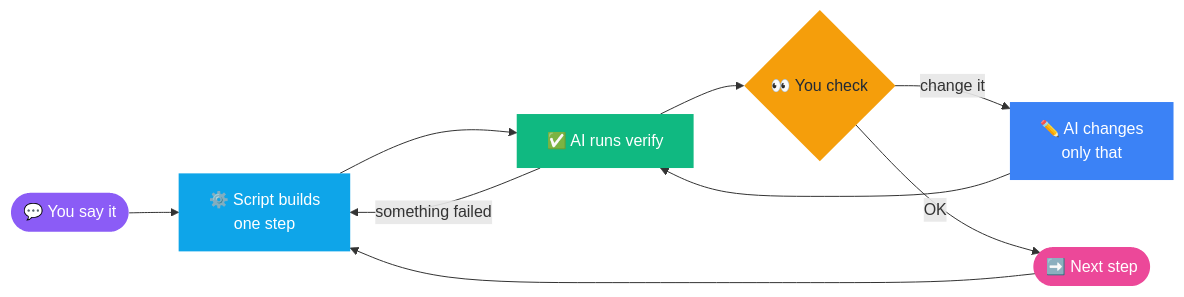
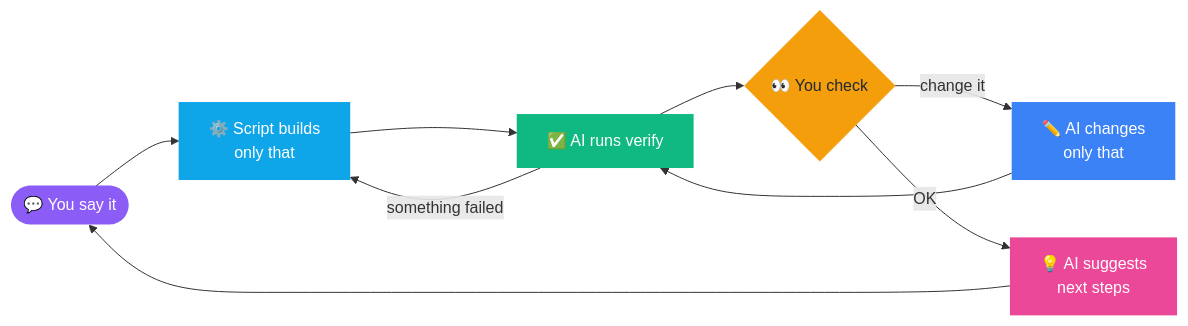
The diagram in README.md (Pandi2352/frontend-skills), drawn with Mermaid before and after one commit. The commit also changed other lines of this file and 10 other files, not shown here.

First line of the commit message:
Build only what is asked, then suggest the next step

````diff
--- a/README.md
+++ b/README.md
@@ -281,17 +292,17 @@
 ```mermaid
 flowchart LR
-    A([💬 You say it]) --> B[⚙️ Script builds<br/>one step]
+    A([💬 You say it]) --> B[⚙️ Script builds<br/>only that]
     B --> C[✅ AI runs verify]
     C -->|something failed| B
     C --> D{👀 You check}
     D -->|change it| E[✏️ AI changes<br/>only that]
     E --> C
-    D -->|OK| F([➡️ Next step])
-    F --> B
+    D -->|OK| F[💡 AI suggests<br/>next steps]
+    F --> A
     style A fill:#8b5cf6,color:#fff,stroke:none
     style B fill:#0ea5e9,color:#fff,stroke:none
     style C fill:#10b981,color:#fff,stroke:none
     style D fill:#f59e0b,color:#1f2937,stroke:none
     style E fill:#3b82f6,color:#fff,stroke:none
     style F fill:#ec4899,color:#fff,stroke:none
 ```
````
